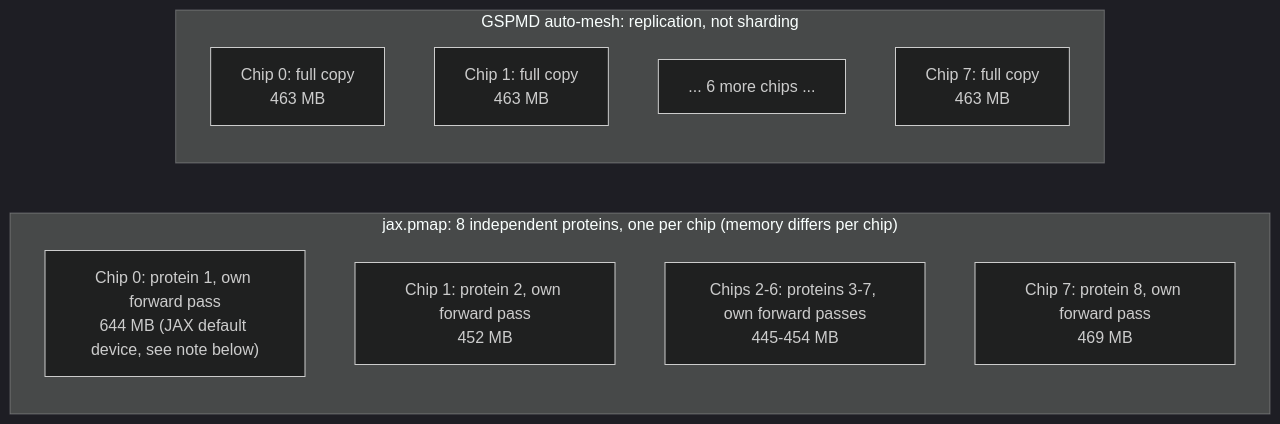
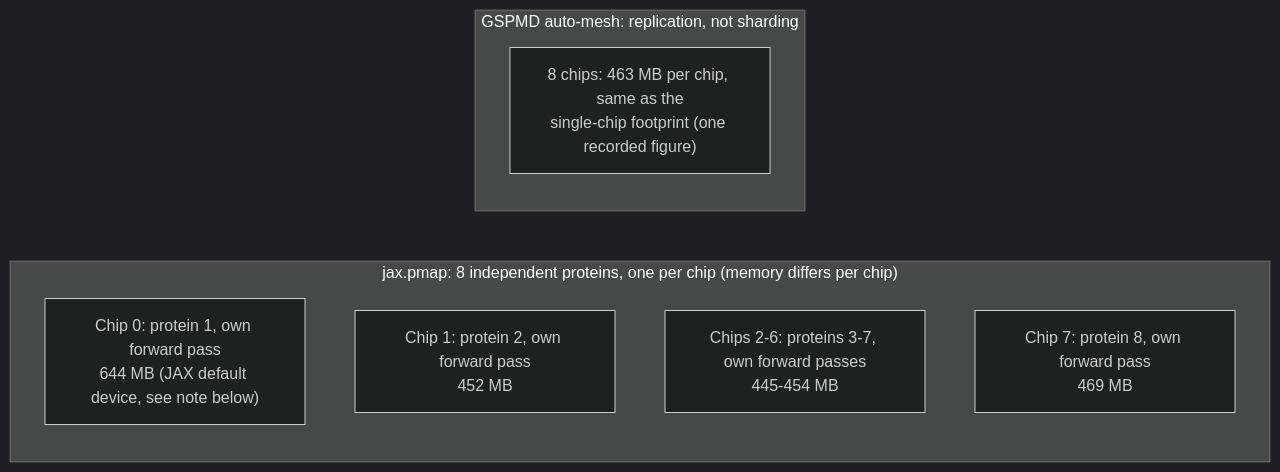
Before and after one commit to lorenzopazienza/alphafold-tpu-benchmark: the diagram in results/sweep/sharding.md, drawn with Mermaid (dark theme). The commit also changed other lines of this file and 9 other files, not shown here.

Commit message:
Correct overstated claims (GSPMD cause, vmap, per-chip memory, AF3 TPU), refresh line citations and script-version notes, pin GPU notebook REPO_REF

````diff
--- a/results/sweep/sharding.md
+++ b/results/sweep/sharding.md
@@ -8,17 +8,14 @@
 ```mermaid
 flowchart LR
     subgraph PM["jax.pmap: 8 independent proteins, one per chip (memory differs per chip)"]
         direction TB
         P0["Chip 0: protein 1, own forward pass<br/>644 MB (JAX default device, see note below)"]
         P1["Chip 1: protein 2, own forward pass<br/>452 MB"]
         Pd["Chips 2-6: proteins 3-7, own forward passes<br/>445-454 MB"]
         P7["Chip 7: protein 8, own forward pass<br/>469 MB"]
     end
     subgraph GS["GSPMD auto-mesh: replication, not sharding"]
         direction TB
-        G0["Chip 0: full copy<br/>463 MB"]
-        G1["Chip 1: full copy<br/>463 MB"]
-        Gd["... 6 more chips ..."]
-        G7["Chip 7: full copy<br/>463 MB"]
+        G0["8 chips: 463 MB per chip, same as the<br/>single-chip footprint (one recorded figure)"]
     end
 ```
````
